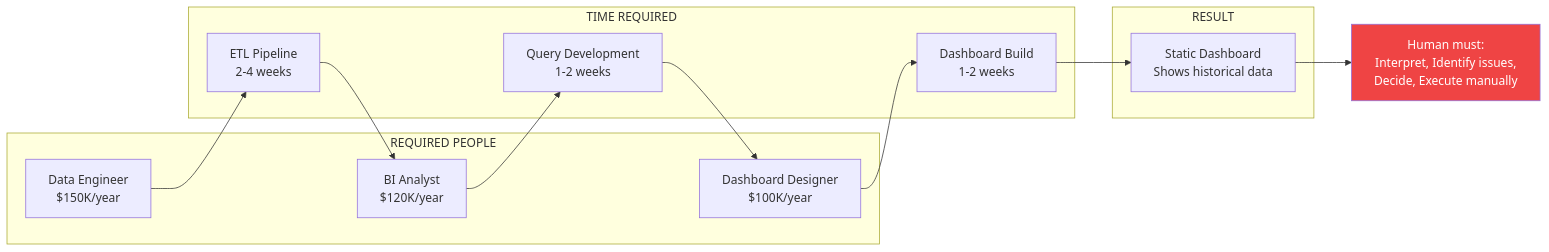
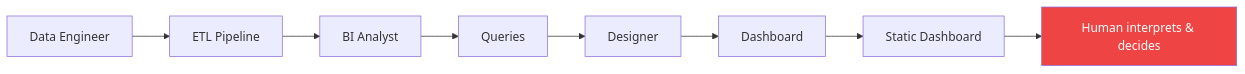
The second of 5 diagrams in introduction/comparison.mdx (ashishsuperatom/tech-docs), drawn with Mermaid before and after one commit. The commit also changed other lines of this file and 13 other files, not shown here.

First line of the commit message:
Add Superatom AI logo and fix Mermaid diagram rendering

````diff
--- a/introduction/comparison.mdx
+++ b/introduction/comparison.mdx
@@ -89,24 +89,8 @@
 ```mermaid
 flowchart LR
-    subgraph PEOPLE["REQUIRED PEOPLE"]
-        P1["Data Engineer<br>$150K/year"]
-        P2["BI Analyst<br>$120K/year"]
-        P3["Dashboard Designer<br>$100K/year"]
-    end
+    P1["Data Engineer"] --> T1["ETL Pipeline"] --> P2["BI Analyst"] --> T2["Queries"] --> P3["Designer"] --> T3["Dashboard"] --> R1["Static Dashboard"]
 
-    subgraph TIME["TIME REQUIRED"]
-        T1["ETL Pipeline<br>2-4 weeks"]
-        T2["Query Development<br>1-2 weeks"]
-        T3["Dashboard Build<br>1-2 weeks"]
-    end
-
-    subgraph RESULT["RESULT"]
-        R1["Static Dashboard<br>Shows historical data"]
-    end
-
-    P1 --> T1 --> P2 --> T2 --> P3 --> T3 --> R1
-
-    R1 --> HUMAN["Human must:<br>Interpret, Identify issues,<br>Decide, Execute manually"]
+    R1 --> HUMAN["Human interprets & decides"]
 
     style HUMAN fill:#ef4444,color:#fff
 ```
````
